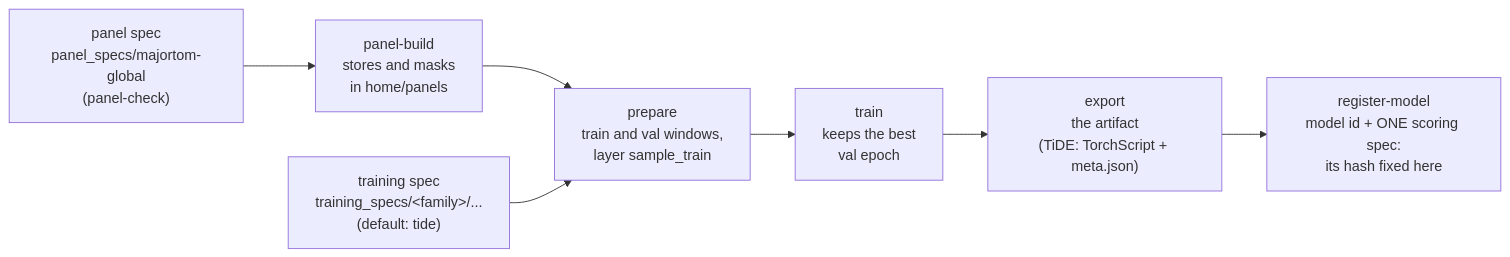
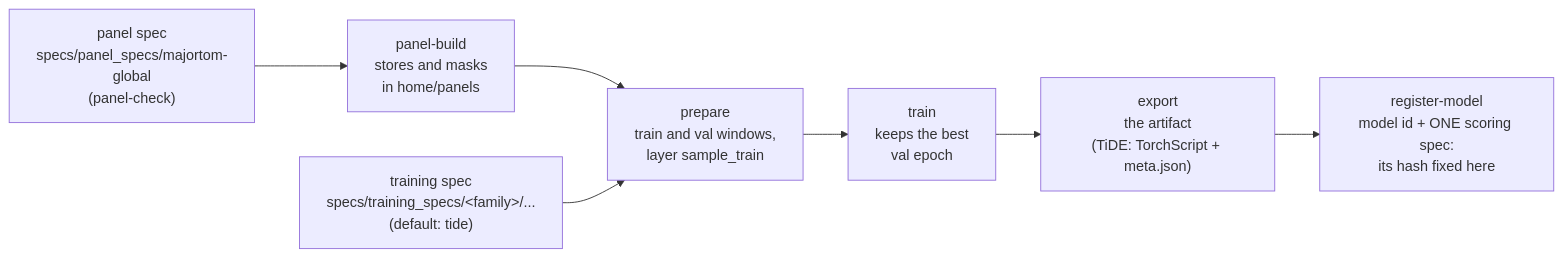
One commit to conflict-ecology/ponzi-suite changed the third of 5 diagrams in docs/method/workflows.md. Above: the diagram before and after it, drawn with Mermaid. The commit also changed other lines of this file and 156 other files, not shown here.

````diff
--- a/docs/method/workflows.md
+++ b/docs/method/workflows.md
@@ -167,9 +167,9 @@
 ```mermaid
 flowchart LR
-  def["panel spec<br/>panel_specs/majortom-global<br/>(panel-check)"] --> build["panel-build<br/>stores and masks<br/>in home/panels"]
+  def["panel spec<br/>specs/panel_specs/majortom-global<br/>(panel-check)"] --> build["panel-build<br/>stores and masks<br/>in home/panels"]
   build --> prep["prepare<br/>train and val windows,<br/>layer sample_train"]
-  spec["training spec<br/>training_specs/&lt;family&gt;/...<br/>(default: tide)"] --> prep
+  spec["training spec<br/>specs/training_specs/&lt;family&gt;/...<br/>(default: tide)"] --> prep
   prep --> train["train<br/>keeps the best<br/>val epoch"]
   train --> export["export<br/>the artifact<br/>(TiDE: TorchScript + meta.json)"]
   export --> reg["register-model<br/>model id + ONE scoring spec:<br/>its hash fixed here"]
 ```
````
